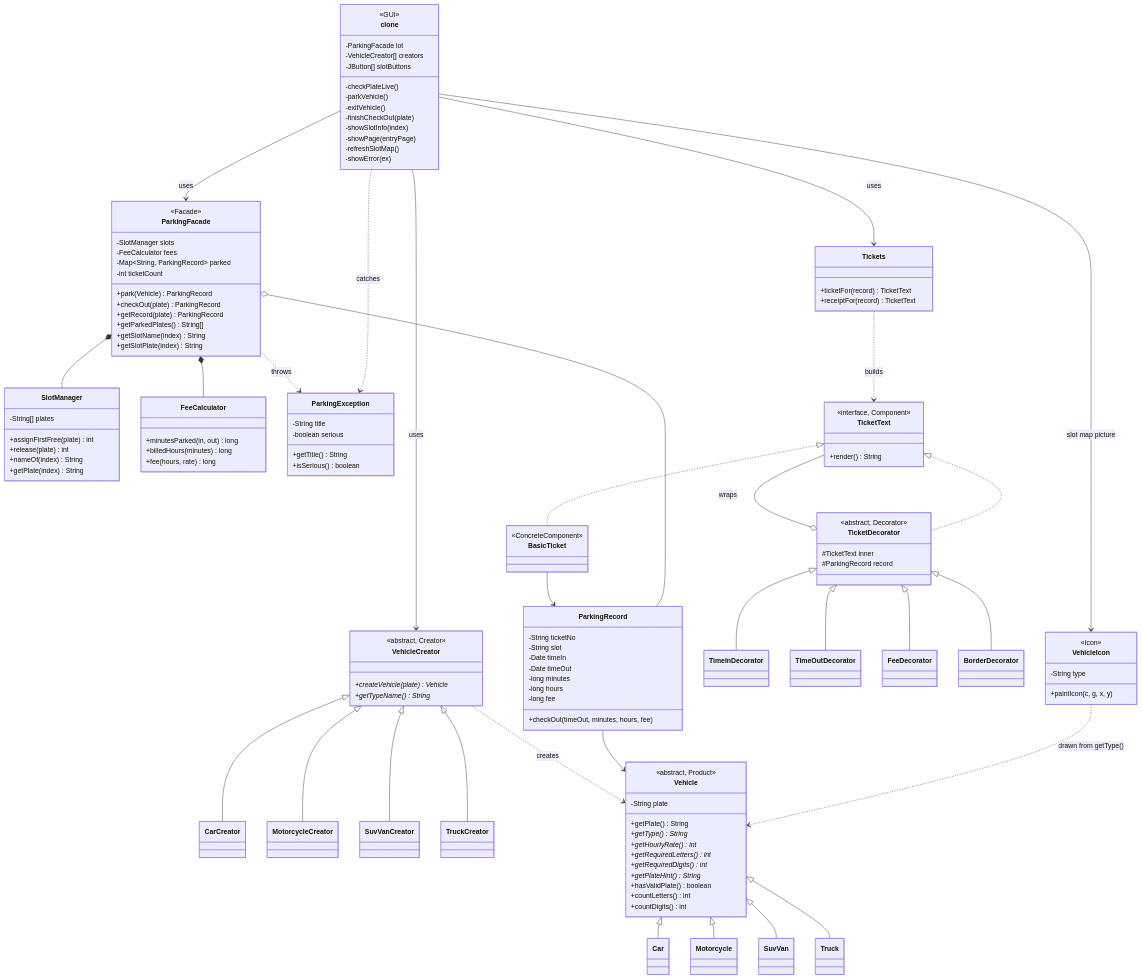
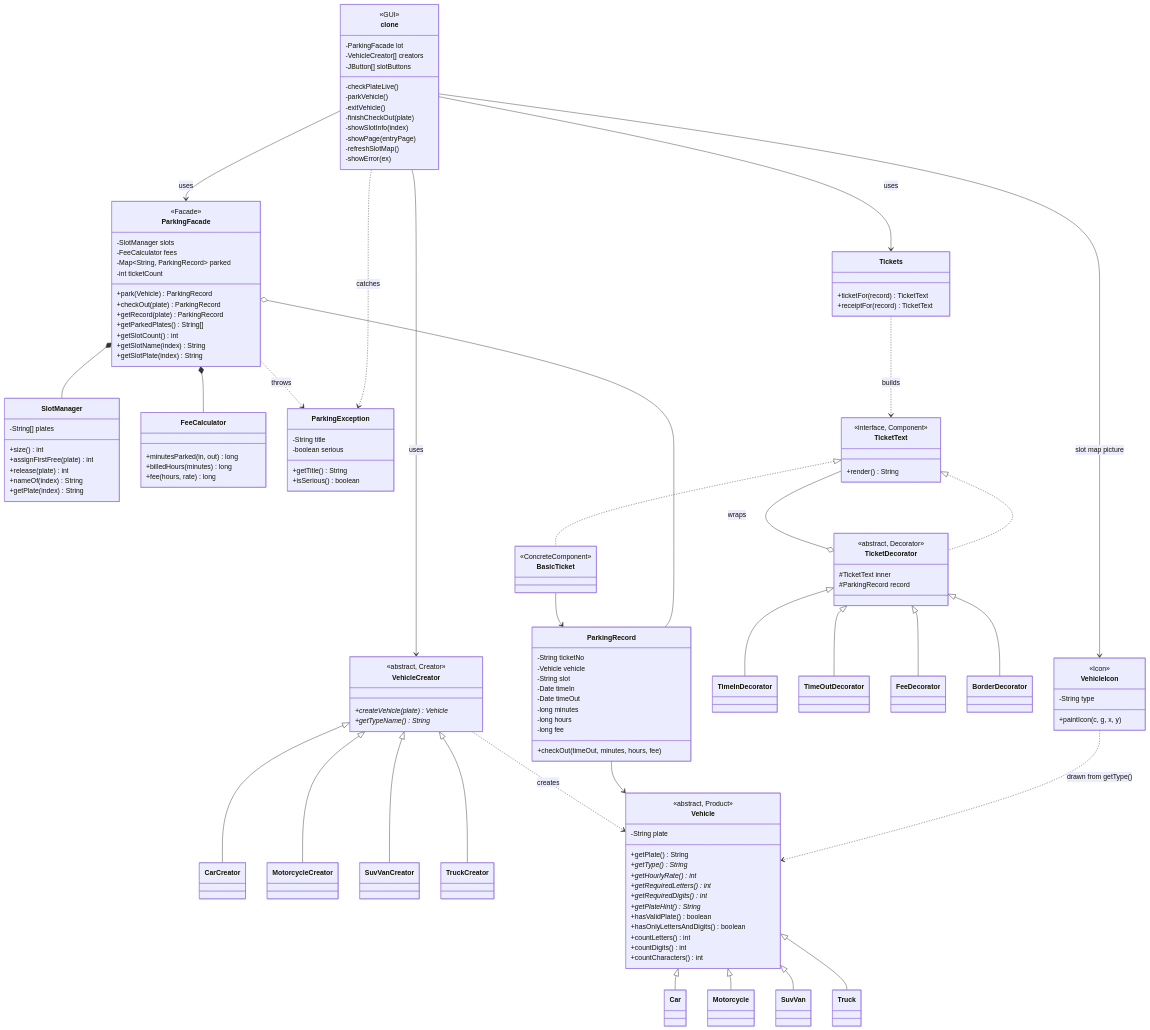
Before and after one commit to yuejiuu/parking-mgmt-sys: the diagram in src/class_diagram.mermaid, drawn with Mermaid. The commit also changed 7 other files, not shown here.

```diff
--- a/src/class_diagram.mermaid
+++ b/src/class_diagram.mermaid
@@ -1,151 +1,156 @@
 classDiagram
     direction TB
 
     class clone {
         <<GUI>>
         -ParkingFacade lot
         -VehicleCreator[] creators
         -JButton[] slotButtons
         -checkPlateLive()
         -parkVehicle()
         -exitVehicle()
         -finishCheckOut(plate)
         -showSlotInfo(index)
         -showPage(entryPage)
         -refreshSlotMap()
         -showError(ex)
     }
 
     %% ===== FACADE (structural) =====
     class ParkingFacade {
         <<Facade>>
         -SlotManager slots
         -FeeCalculator fees
         -Map~String, ParkingRecord~ parked
         -int ticketCount
         +park(Vehicle) ParkingRecord
         +checkOut(plate) ParkingRecord
         +getRecord(plate) ParkingRecord
         +getParkedPlates() String[]
+        +getSlotCount() int
         +getSlotName(index) String
         +getSlotPlate(index) String
     }
     class SlotManager {
         -String[] plates
+        +size() int
         +assignFirstFree(plate) int
         +release(plate) int
         +nameOf(index) String
         +getPlate(index) String
     }
     class FeeCalculator {
         +minutesParked(in, out) long
         +billedHours(minutes) long
         +fee(hours, rate) long
     }
     class ParkingRecord {
         -String ticketNo
+        -Vehicle vehicle
         -String slot
         -Date timeIn
         -Date timeOut
         -long minutes
         -long hours
         -long fee
         +checkOut(timeOut, minutes, hours, fee)
     }
     class ParkingException {
         -String title
         -boolean serious
         +getTitle() String
         +isSerious() boolean
     }
 
     %% ===== FACTORY METHOD (creational) =====
     class VehicleCreator {
         <<abstract, Creator>>
         +createVehicle(plate)* Vehicle
         +getTypeName()* String
     }
     class CarCreator
     class MotorcycleCreator
     class SuvVanCreator
     class TruckCreator
 
     class Vehicle {
         <<abstract, Product>>
         -String plate
         +getPlate() String
         +getType()* String
         +getHourlyRate()* int
         +getRequiredLetters()* int
         +getRequiredDigits()* int
         +getPlateHint()* String
         +hasValidPlate() boolean
+        +hasOnlyLettersAndDigits() boolean
         +countLetters() int
         +countDigits() int
+        +countCharacters() int
     }
     class Car
     class Motorcycle
     class SuvVan
     class Truck
 
     %% ===== DECORATOR (structural) =====
     class TicketText {
         <<interface, Component>>
         +render() String
     }
     class BasicTicket {
         <<ConcreteComponent>>
     }
     class TicketDecorator {
         <<abstract, Decorator>>
         #TicketText inner
         #ParkingRecord record
     }
     class TimeInDecorator
     class TimeOutDecorator
     class FeeDecorator
     class BorderDecorator
     class Tickets {
         +ticketFor(record) TicketText
         +receiptFor(record) TicketText
     }
 
     class VehicleIcon {
         <<Icon>>
         -String type
         +paintIcon(c, g, x, y)
     }
 
     %% ===== Relationships =====
     clone --> VehicleIcon : slot map picture
     VehicleIcon ..> Vehicle : drawn from getType()
     clone --> ParkingFacade : uses
     clone --> VehicleCreator : uses
     clone --> Tickets : uses
     clone ..> ParkingException : catches
 
     ParkingFacade *-- SlotManager
     ParkingFacade *-- FeeCalculator
     ParkingFacade o-- ParkingRecord
     ParkingFacade ..> ParkingException : throws
     ParkingRecord --> Vehicle
 
     VehicleCreator <|-- CarCreator
     VehicleCreator <|-- MotorcycleCreator
     VehicleCreator <|-- SuvVanCreator
     VehicleCreator <|-- TruckCreator
     VehicleCreator ..> Vehicle : creates
     Vehicle <|-- Car
     Vehicle <|-- Motorcycle
     Vehicle <|-- SuvVan
     Vehicle <|-- Truck
 
     TicketText <|.. BasicTicket
     TicketText <|.. TicketDecorator
     TicketDecorator o-- TicketText : wraps
     TicketDecorator <|-- TimeInDecorator
     TicketDecorator <|-- TimeOutDecorator
     TicketDecorator <|-- FeeDecorator
     TicketDecorator <|-- BorderDecorator
     BasicTicket --> ParkingRecord
     Tickets ..> TicketText : builds
```
